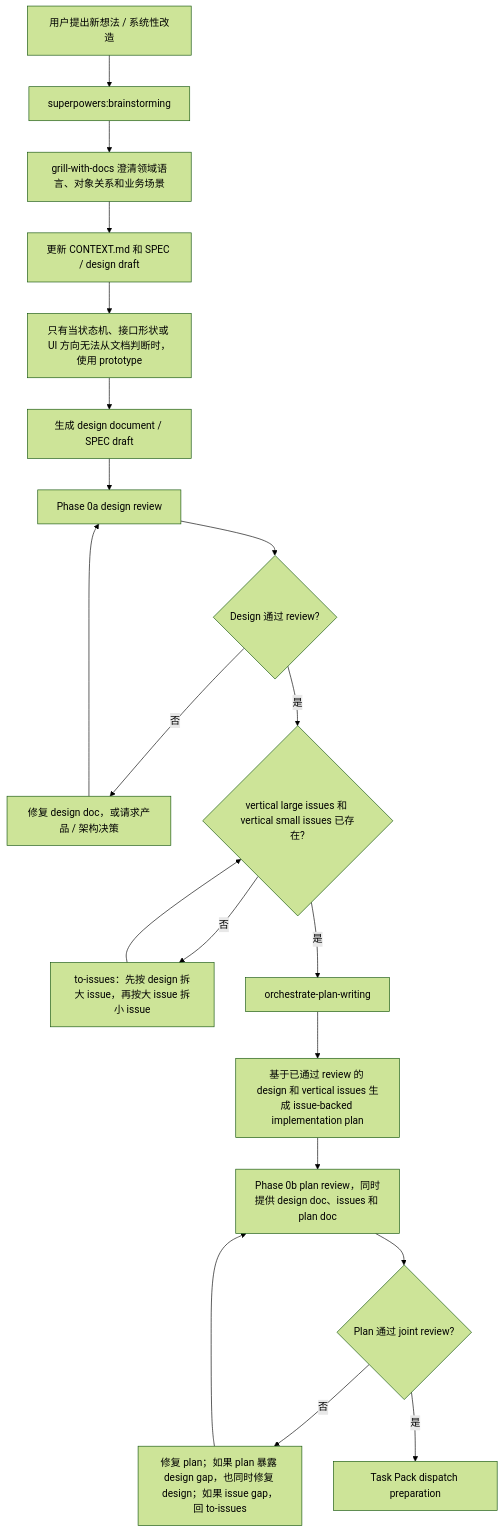
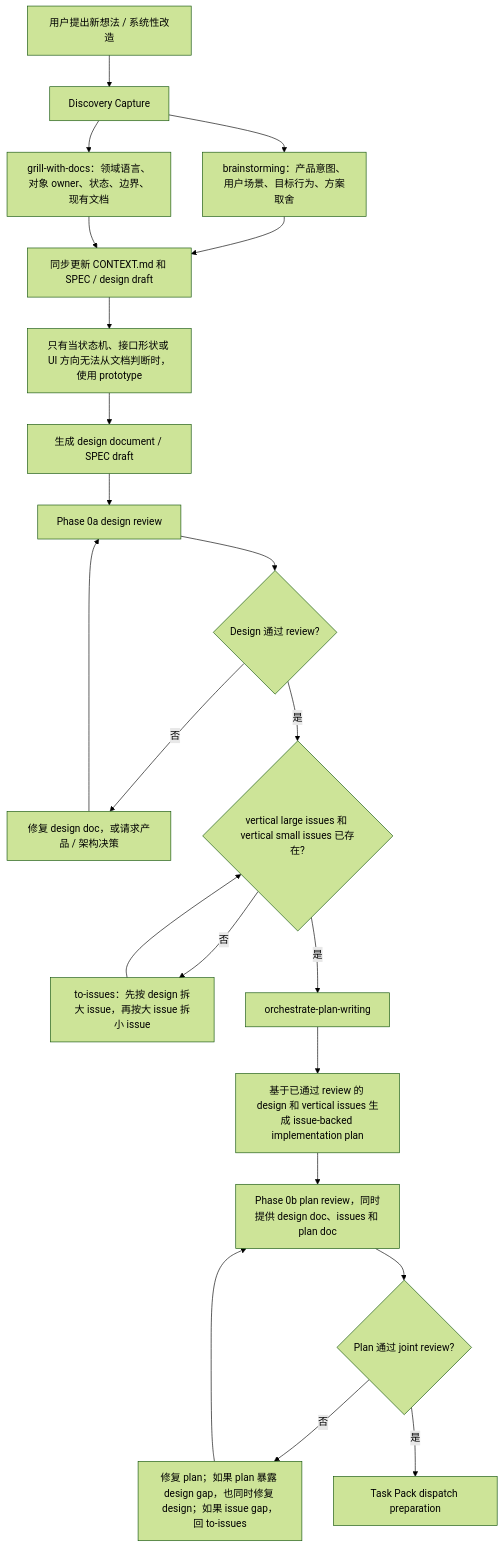
Before and after one commit to chancheuklap/multi-model-workflow: the first of 2 diagrams in .agents/skills/orchestrate-workflow/references/discovery-routing.md, drawn with Mermaid (forest theme). The commit also changed other lines of this file and 1 other file, not shown here.

Commit message:
Restore simultaneous discovery capture

````diff
--- a/.agents/skills/orchestrate-workflow/references/discovery-routing.md
+++ b/.agents/skills/orchestrate-workflow/references/discovery-routing.md
@@ -19,22 +19,24 @@
 ```mermaid
 flowchart TD
-    A["用户提出新想法 / 系统性改造"] --> B["superpowers:brainstorming"]
-    B --> C["grill-with-docs 澄清领域语言、对象关系和业务场景"]
-    C --> D["更新 CONTEXT.md 和 SPEC / design draft"]
-    D --> E["只有当状态机、接口形状或 UI 方向无法从文档判断时，使用 prototype"]
-    E --> F["生成 design document / SPEC draft"]
-    F --> G["Phase 0a design review"]
-    G --> H{"Design 通过 review?"}
-    H -->|否| I["修复 design doc，或请求产品 / 架构决策"]
-    I --> G
-    H -->|是| J{"vertical large issues 和 vertical small issues 已存在?"}
-    J -->|否| K["to-issues：先按 design 拆大 issue，再按大 issue 拆小 issue"]
-    K --> J
-    J -->|是| L["orchestrate-plan-writing"]
-    L --> M["基于已通过 review 的 design 和 vertical issues 生成 issue-backed implementation plan"]
-    M --> N["Phase 0b plan review，同时提供 design doc、issues 和 plan doc"]
-    N --> O{"Plan 通过 joint review?"}
-    O -->|否| P["修复 plan；如果 plan 暴露 design gap，也同时修复 design；如果 issue gap，回 to-issues"]
-    P --> N
-    O -->|是| Q["Task Pack dispatch preparation"]
+    A["用户提出新想法 / 系统性改造"] --> B["Discovery Capture"]
+    B --> C["brainstorming：产品意图、用户场景、目标行为、方案取舍"]
+    B --> D["grill-with-docs：领域语言、对象 owner、状态、边界、现有文档"]
+    C --> E["同步更新 CONTEXT.md 和 SPEC / design draft"]
+    D --> E
+    E --> F["只有当状态机、接口形状或 UI 方向无法从文档判断时，使用 prototype"]
+    F --> G["生成 design document / SPEC draft"]
+    G --> H["Phase 0a design review"]
+    H --> I{"Design 通过 review?"}
+    I -->|否| J["修复 design doc，或请求产品 / 架构决策"]
+    J --> H
+    I -->|是| K{"vertical large issues 和 vertical small issues 已存在?"}
+    K -->|否| L["to-issues：先按 design 拆大 issue，再按大 issue 拆小 issue"]
+    L --> K
+    K -->|是| M["orchestrate-plan-writing"]
+    M --> N["基于已通过 review 的 design 和 vertical issues 生成 issue-backed implementation plan"]
+    N --> O["Phase 0b plan review，同时提供 design doc、issues 和 plan doc"]
+    O --> P{"Plan 通过 joint review?"}
+    P -->|否| Q["修复 plan；如果 plan 暴露 design gap，也同时修复 design；如果 issue gap，回 to-issues"]
+    Q --> O
+    P -->|是| R["Task Pack dispatch preparation"]
 ```
````
